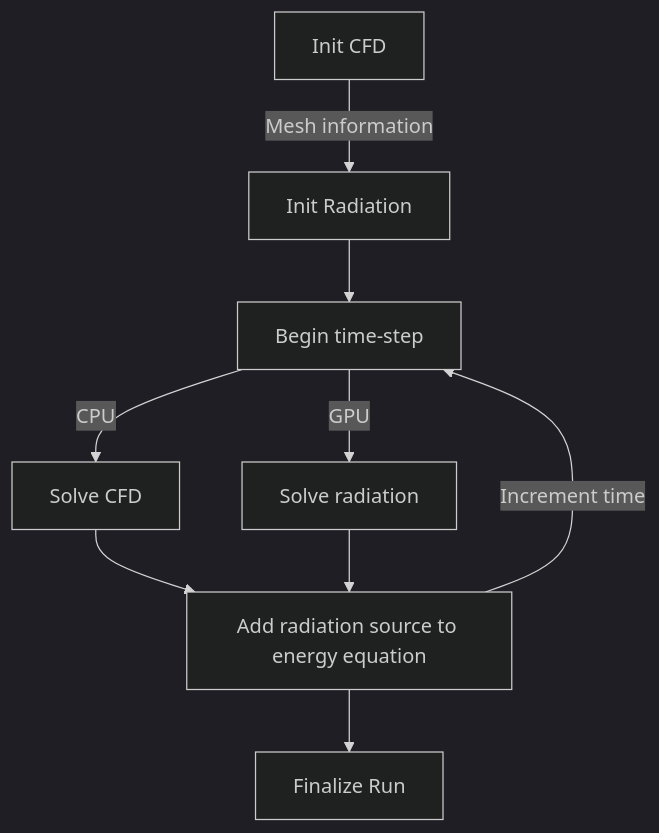
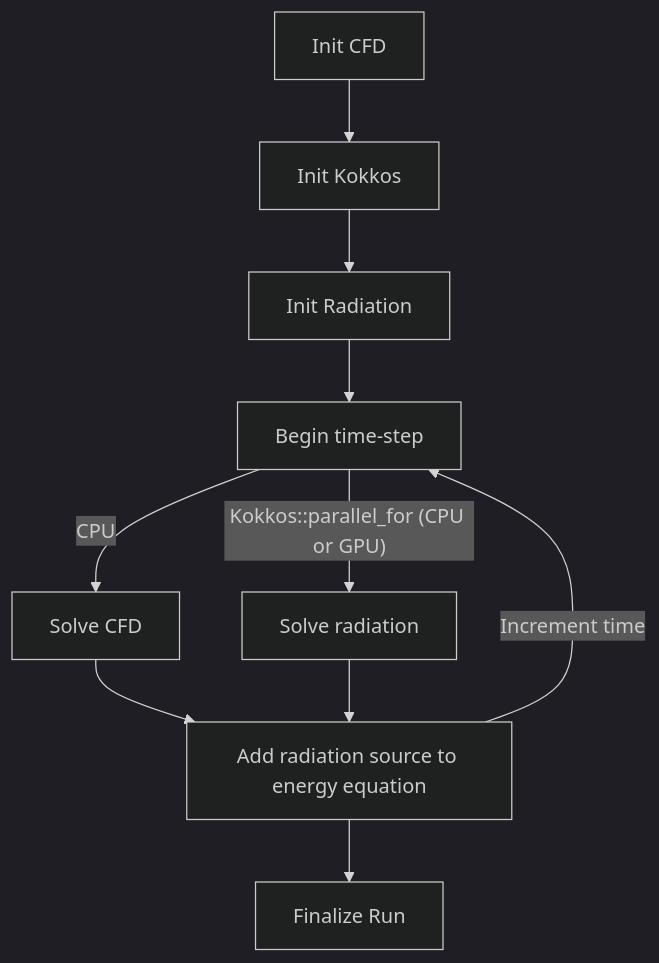
Before and after one commit to nick-jt/MCRT_Thesis_Tricard: the third of 4 diagrams in README.md, drawn with Mermaid (dark theme). The commit also changed other lines of this file, not shown here.

Commit message:
Updated diagrams

````diff
--- a/README.md
+++ b/README.md
@@ -35,11 +35,13 @@
 ```mermaid
 graph TD
-    A[Init CFD] -->|Mesh information| B[Init Radiation]
-    B --> C[Begin time-step]
+    A[Init CFD] -->B[Init Kokkos]
+    B --> H[Init Radiation]
+    H --> C[Begin time-step]
     C --> |CPU| D[Solve CFD]
-    C --> |GPU| E[Solve radiation]
+    C --> |"Kokkos::parallel_for (CPU or GPU)"| E[Solve radiation]
     D --> F[Add radiation source to energy equation]
     E --> F
     F --> |Increment time| C
     F --> G[Finalize Run]
+  
 ```
````
